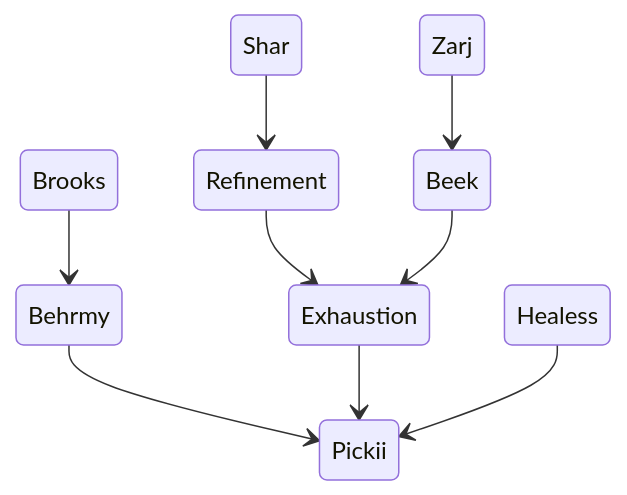
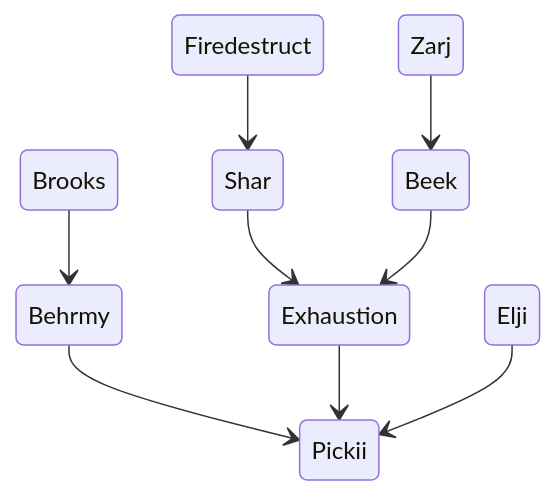
Before and after one commit to leemWF/READMEVault: the fourth of 11 diagrams in wepulled/swp/README.md, drawn with Mermaid. The commit also changed other lines of this file, not shown here.

````diff
--- a/wepulled/swp/README.md
+++ b/wepulled/swp/README.md
@@ -83,23 +85,23 @@
 ```mermaid
 stateDiagram-v2
     t2: Pickii
     h4: Behrmy
     h5: Exhaustion
-    h6: Healess
-    rr1: Shar
+    h6: Elji
+    rr1: Firedestruct
     
-    rr3: Refinement
+    rr3: Shar
     rr4: Beek
     rr5: Brooks
     rr6: Zarj
     
     rr5 --> h4
     h4 --> t2
     h5 --> t2
     h6 --> t2
     rr1 --> rr3
     
     rr3 --> h5
     rr4 --> h5
     rr6 --> rr4
 ```
````
